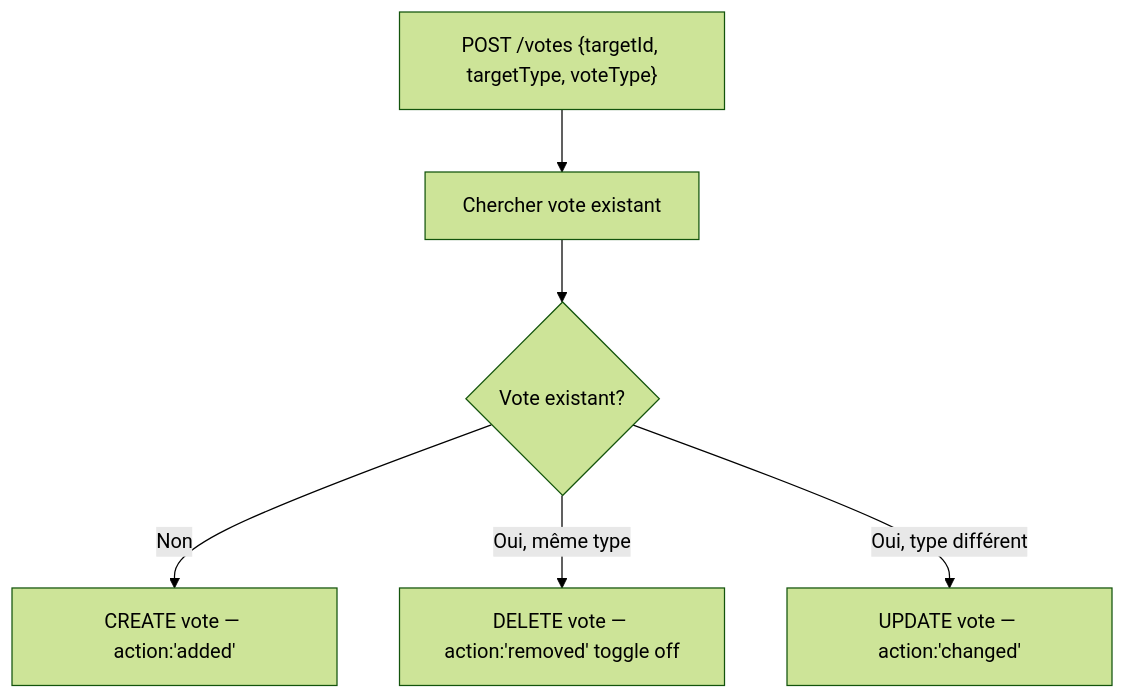
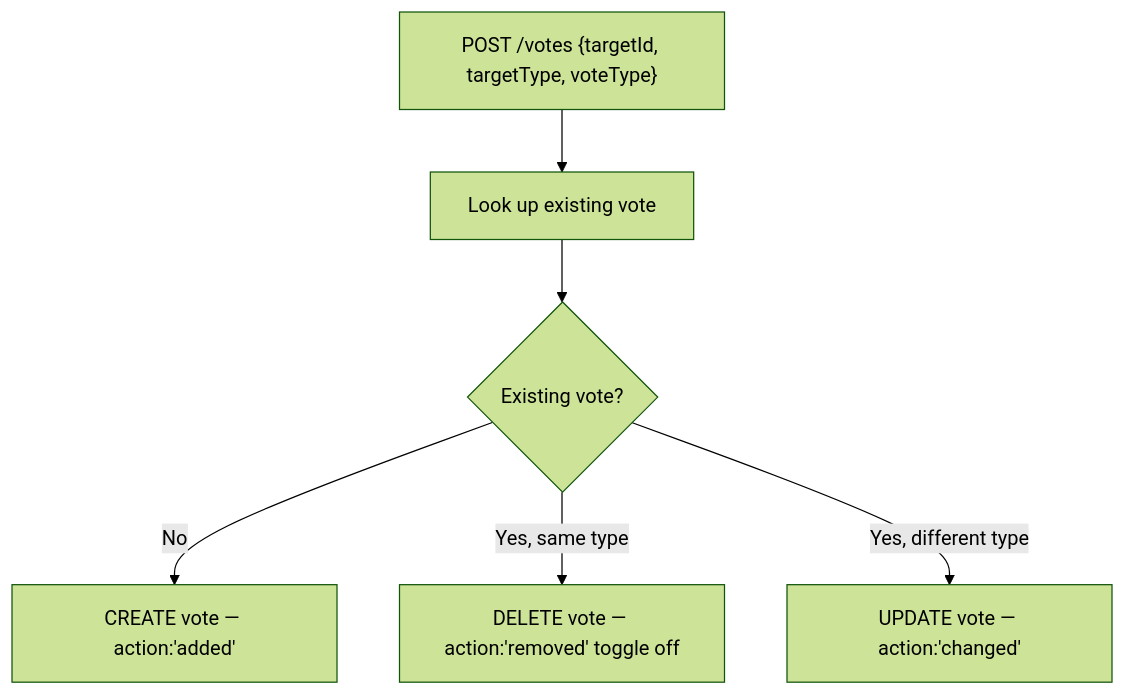
Before and after one commit to creibaud/QuartierConnect: diagram 12 of 21 in docs/ARCHITECTURE.md, drawn with Mermaid (forest theme). The commit also changed other lines of this file and 155 other files, not shown here.

````diff
--- a/docs/ARCHITECTURE.md
+++ b/docs/ARCHITECTURE.md
@@ -474,8 +476,8 @@
 ```mermaid
 flowchart TD
-    A["POST /votes {targetId, targetType, voteType}"] --> B[Chercher vote existant]
-    B --> C{Vote existant?}
-    C -->|Non| D["CREATE vote — action:'added'"]
-    C -->|Oui, même type| E["DELETE vote — action:'removed' toggle off"]
-    C -->|Oui, type différent| F["UPDATE vote — action:'changed'"]
+    A["POST /votes {targetId, targetType, voteType}"] --> B[Look up existing vote]
+    B --> C{Existing vote?}
+    C -->|No| D["CREATE vote — action:'added'"]
+    C -->|Yes, same type| E["DELETE vote — action:'removed' toggle off"]
+    C -->|Yes, different type| F["UPDATE vote — action:'changed'"]
 ```
````
